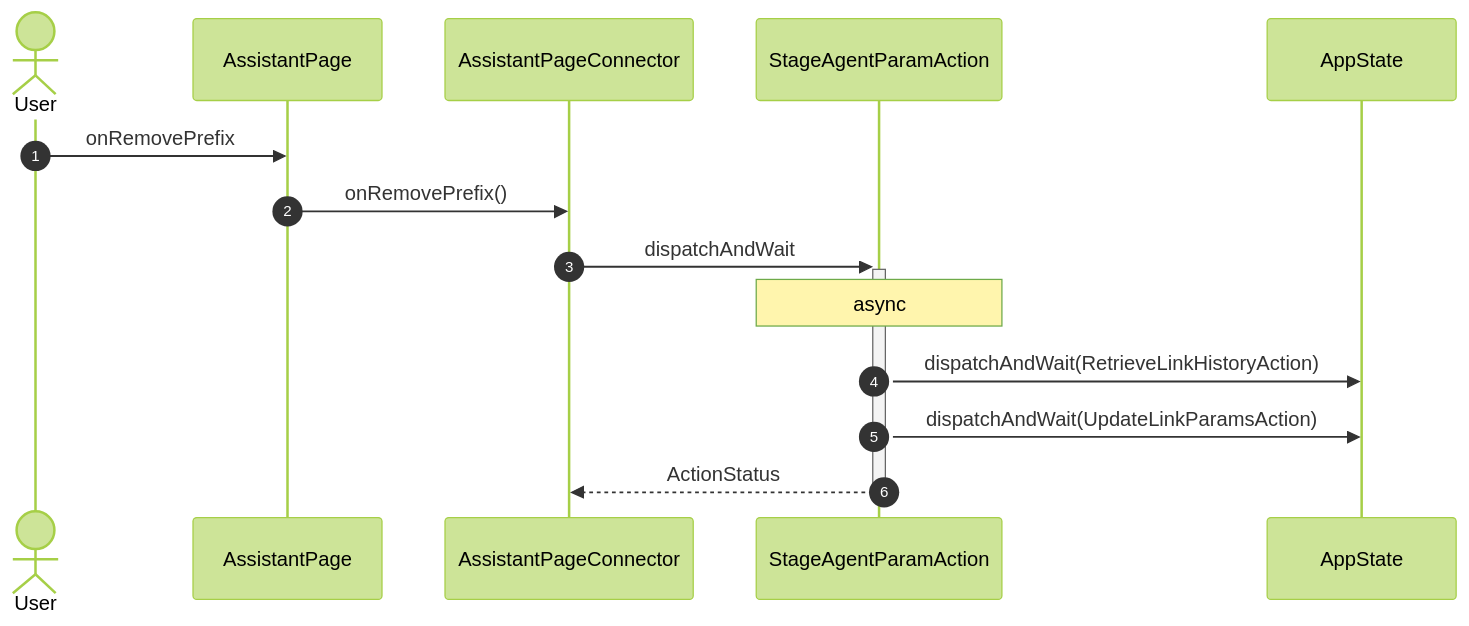
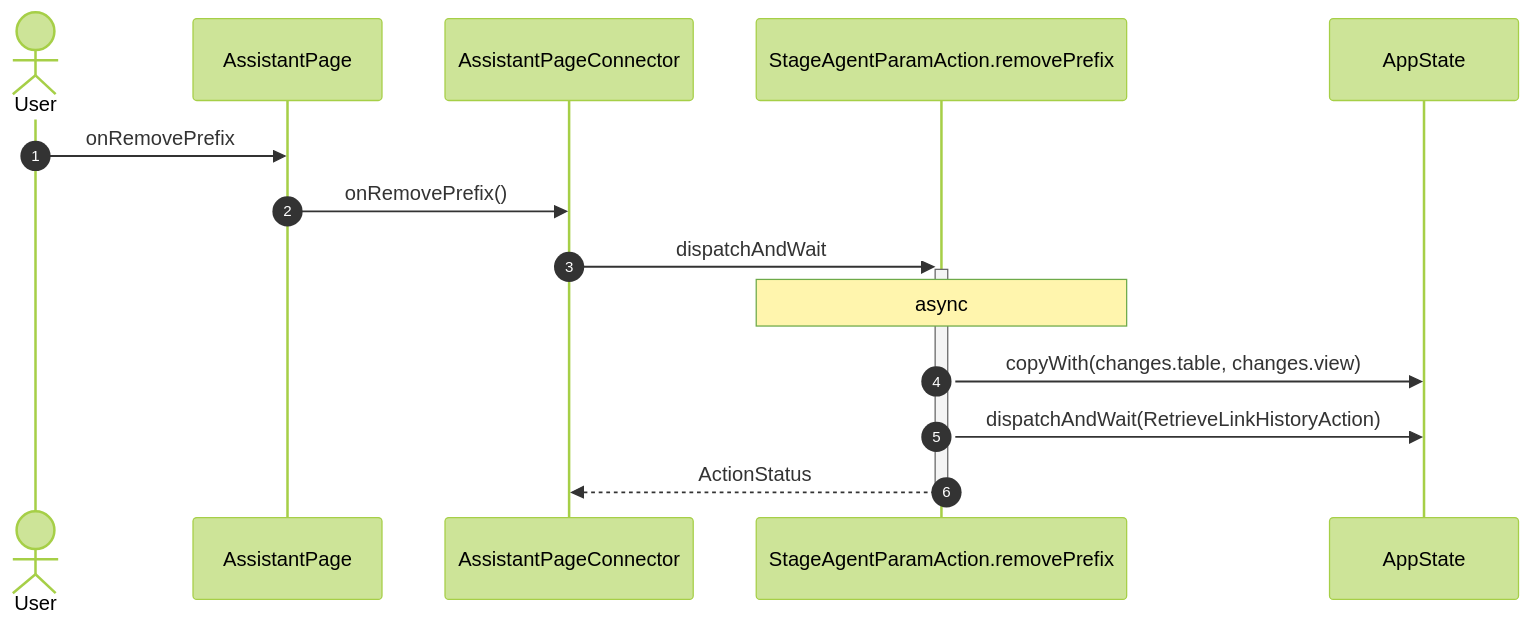
The eighth of 24 diagrams in studio/docs/flows/assistant.md (gencto/wyrm), drawn with Mermaid (forest theme) before and after one commit. The commit also changed other lines of this file and 26 other files, not shown here.

````diff
--- a/studio/docs/flows/assistant.md
+++ b/studio/docs/flows/assistant.md
@@ -150,17 +150,17 @@
 ```mermaid
 sequenceDiagram
     autonumber
     actor User
     participant UI as AssistantPage
     participant VM as AssistantPageConnector
-    participant A1 as StageAgentParamAction
+    participant A1 as StageAgentParamAction.removePrefix
     participant ST as AppState
 
     User->>UI: onRemovePrefix
     UI->>VM: onRemovePrefix()
     VM->>+A1: dispatchAndWait
     Note over A1: async
+    A1->>ST: copyWith(changes.table, changes.view)
     A1->>ST: dispatchAndWait(RetrieveLinkHistoryAction)
-    A1->>ST: dispatchAndWait(UpdateLinkParamsAction)
     A1-->>-VM: ActionStatus
 ```
````
